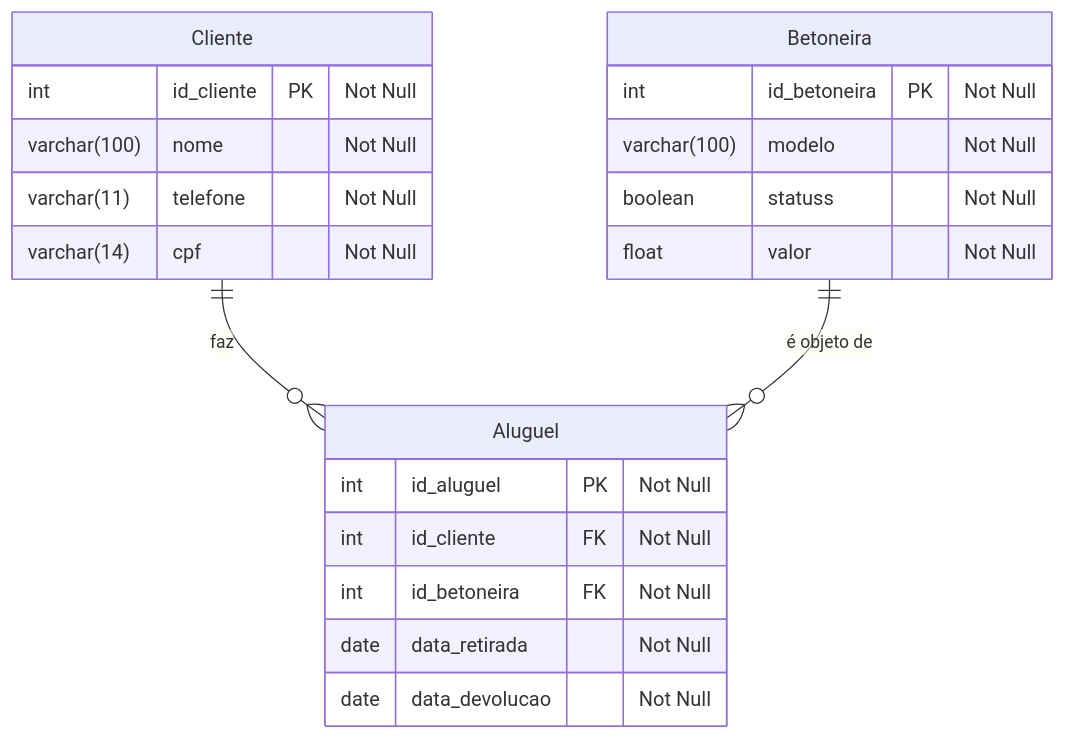
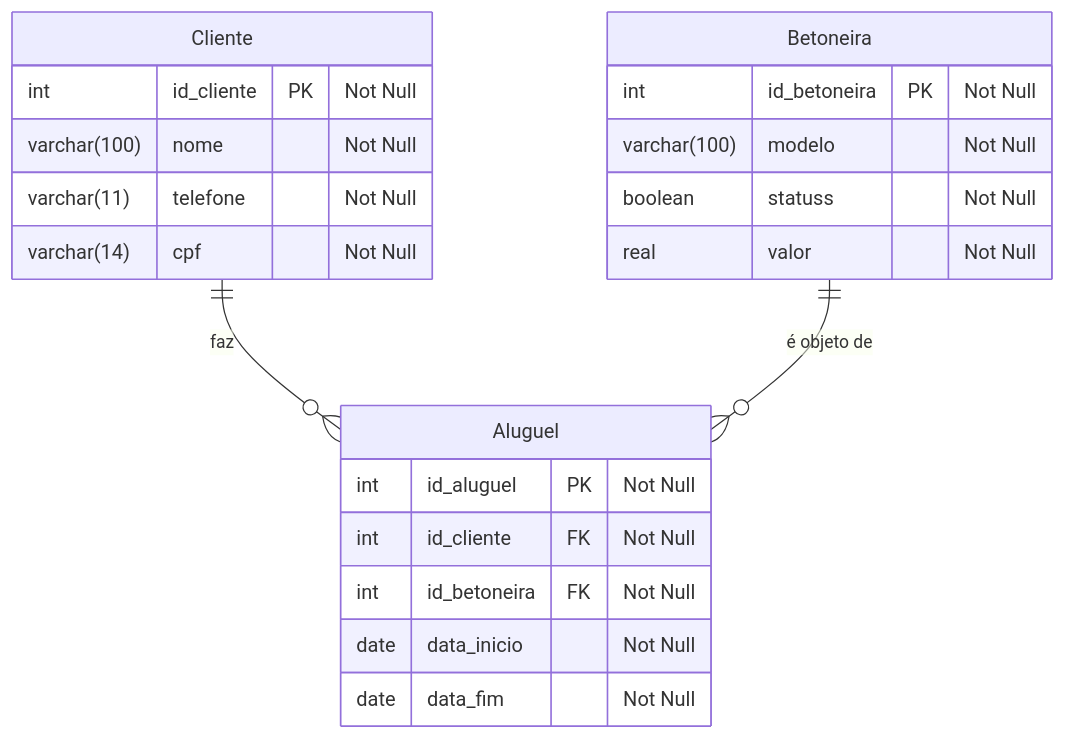
One commit to VVagner2077/trabalho_BD changed the diagram in diagrams/diagrama.mmd. Above: the diagram before and after it, drawn with Mermaid. The commit also changed 1 other file, not shown here.

Commit message:
Banco de Dados e Mermaid Atualizados

```diff
--- a/diagrams/diagrama.mmd
+++ b/diagrams/diagrama.mmd
@@ -1,25 +1,25 @@
 erDiagram
     Cliente {
         int id_cliente PK "Not Null"
         varchar(100) nome "Not Null"
         varchar(11) telefone "Not Null"
         varchar(14) cpf "Not Null"
     }
 
     Betoneira {
         int id_betoneira PK "Not Null"
         varchar(100) modelo  "Not Null"
         boolean statuss   "Not Null"
-        float valor   "Not Null"
+        real valor   "Not Null"
     }
 
     Aluguel{
         int id_aluguel PK "Not Null"
         int id_cliente FK "Not Null"
         int id_betoneira FK "Not Null"
-        date data_retirada "Not Null"
-        date data_devolucao "Not Null"
+        date data_inicio "Not Null"
+        date data_fim "Not Null"
     }
 
     Cliente ||--o{ Aluguel : "faz"
     Betoneira ||--o{ Aluguel : "é objeto de"
```
